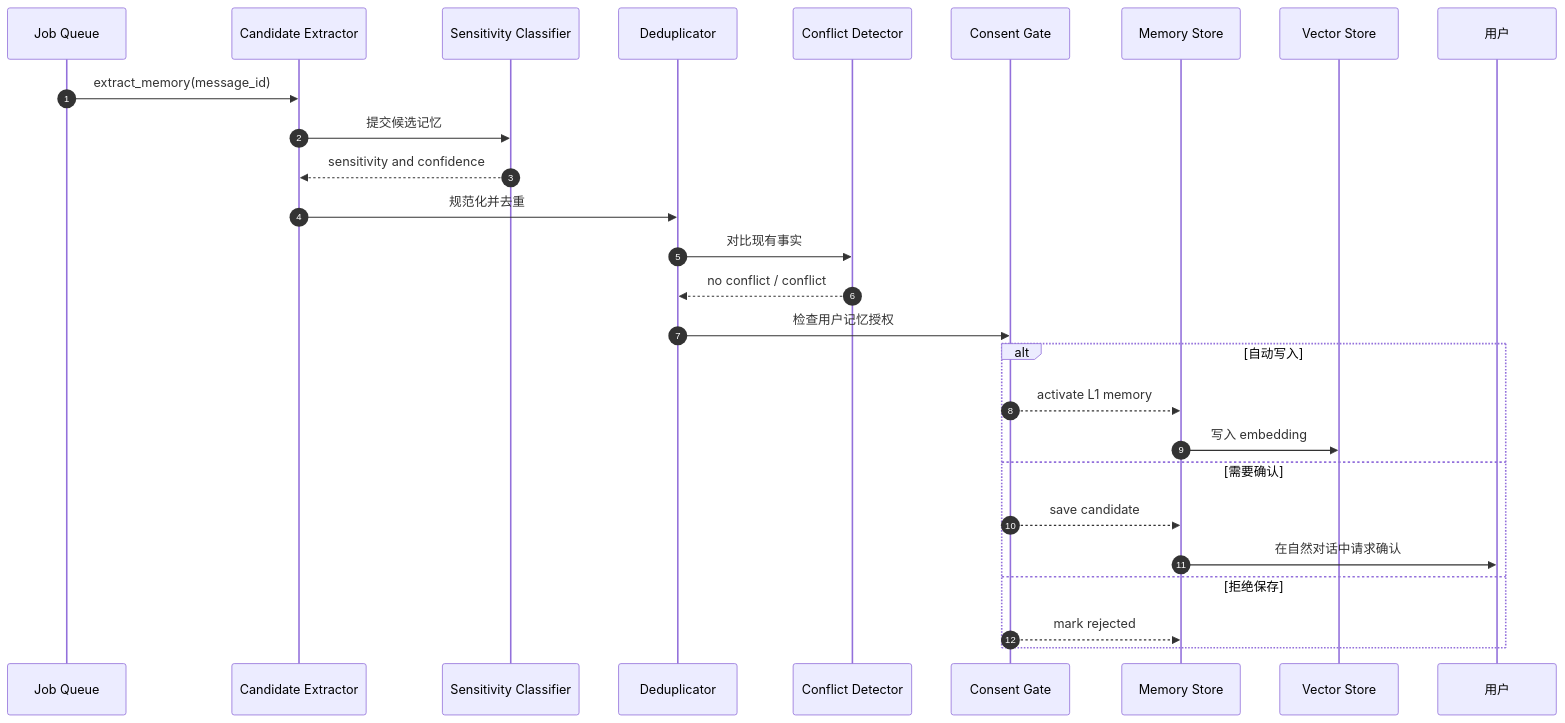
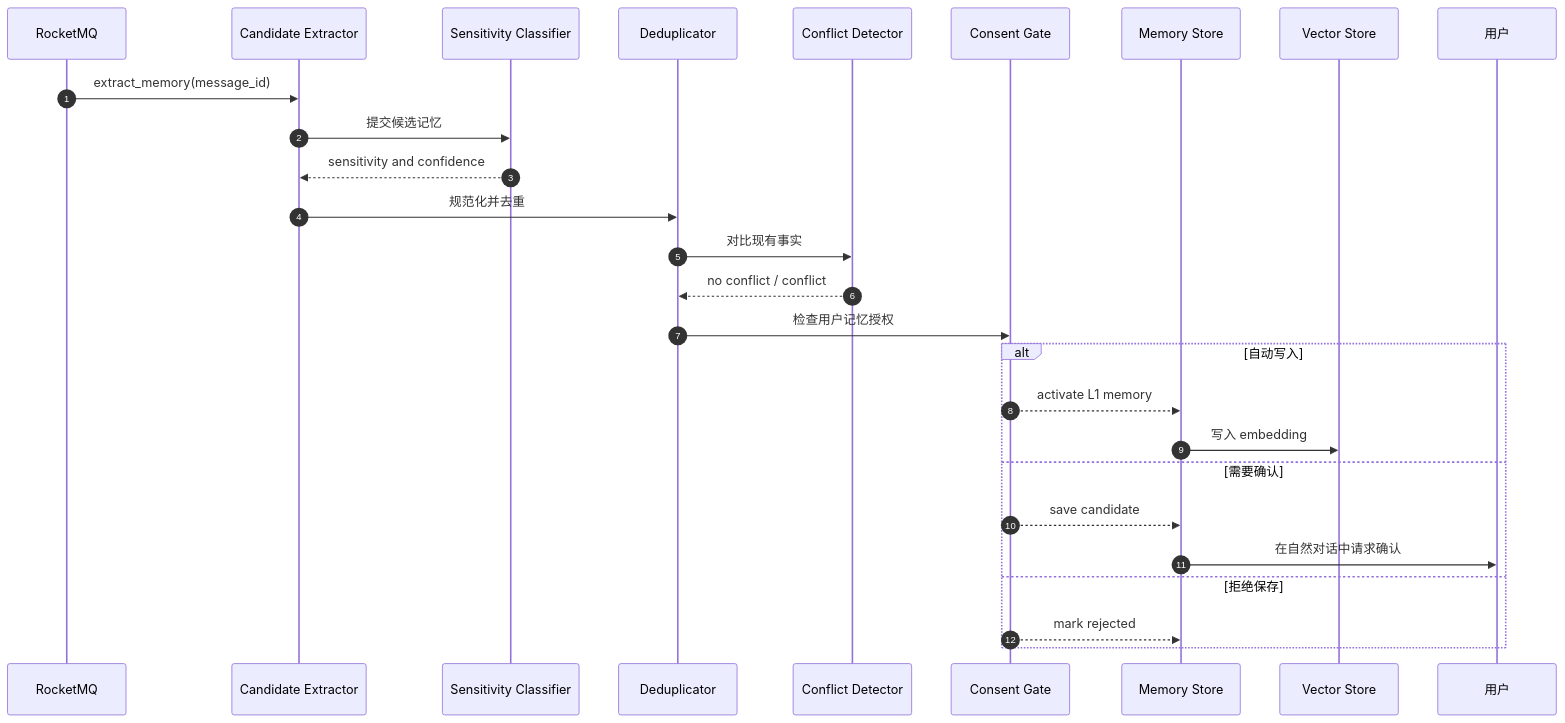
Before and after one commit to gaoyong06/companion-service: the fourth of 7 diagrams in docs/uml.md, drawn with Mermaid. The commit also changed other lines of this file and 29 other files, not shown here.

````diff
--- a/docs/uml.md
+++ b/docs/uml.md
@@ -90,30 +90,30 @@
 ```mermaid
 sequenceDiagram
     autonumber
-    participant Queue as Job Queue
+    participant Queue as RocketMQ
     participant Extractor as Candidate Extractor
     participant Classifier as Sensitivity Classifier
     participant Dedup as Deduplicator
     participant Conflict as Conflict Detector
     participant Consent as Consent Gate
     participant Memory as Memory Store
     participant Vector as Vector Store
     participant User as 用户
 
     Queue->>Extractor: extract_memory(message_id)
     Extractor->>Classifier: 提交候选记忆
     Classifier-->>Extractor: sensitivity and confidence
     Extractor->>Dedup: 规范化并去重
     Dedup->>Conflict: 对比现有事实
     Conflict-->>Dedup: no conflict / conflict
     Dedup->>Consent: 检查用户记忆授权
     alt 自动写入
         Consent-->>Memory: activate L1 memory
         Memory->>Vector: 写入 embedding
     else 需要确认
         Consent-->>Memory: save candidate
         Memory->>User: 在自然对话中请求确认
     else 拒绝保存
         Consent-->>Memory: mark rejected
     end
 ```
````
